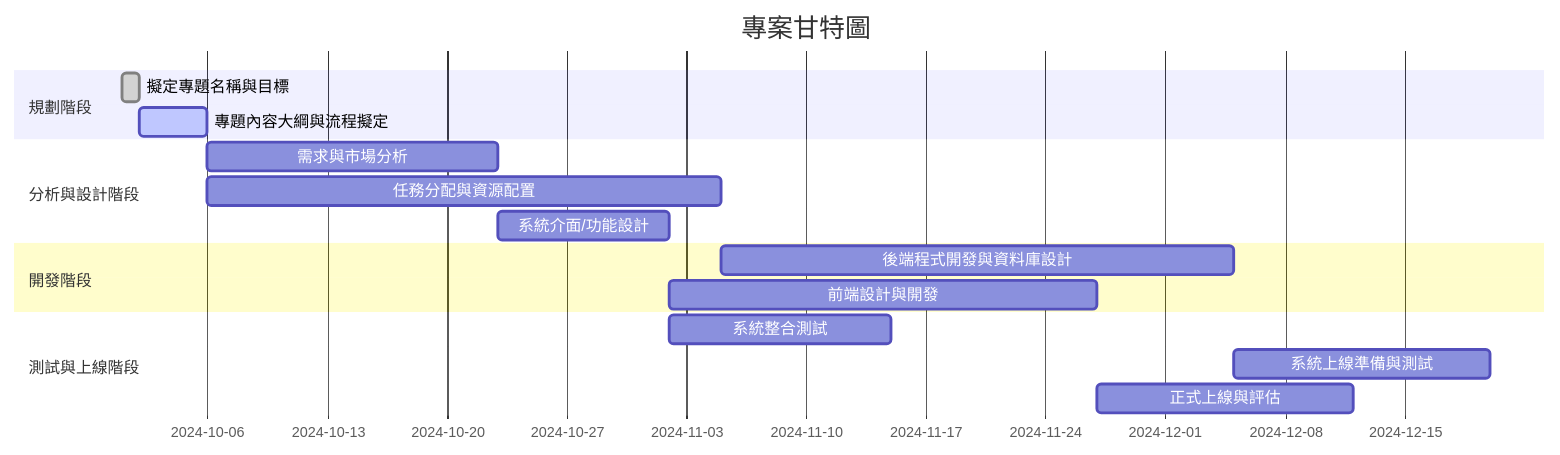
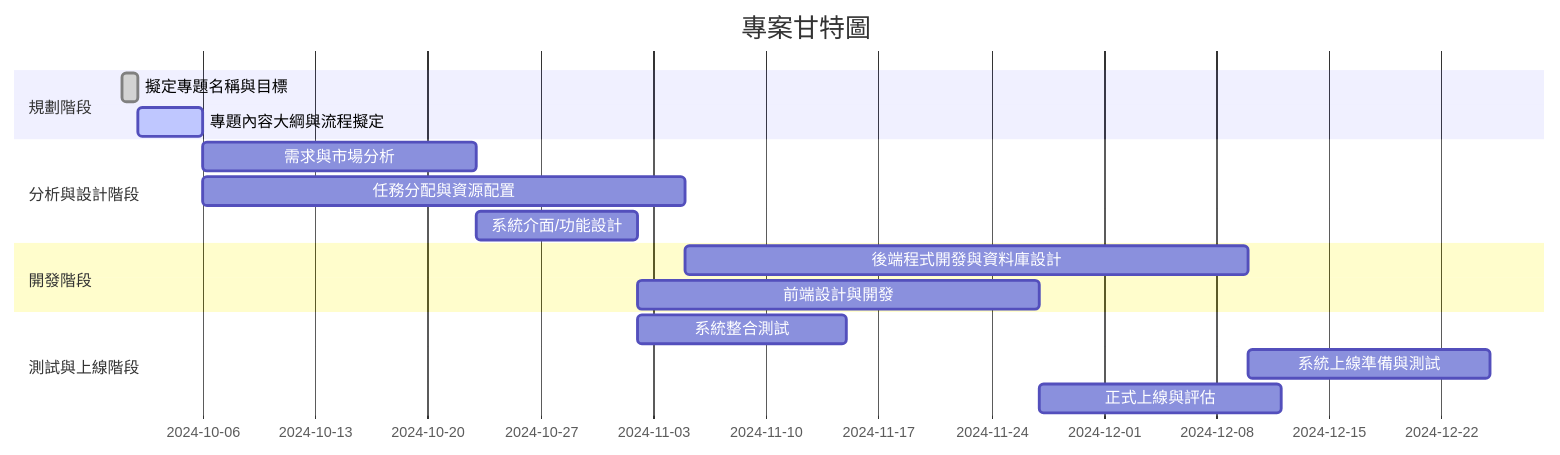
The second of 2 diagrams in README.md (zoeyyy-93/113_CourseTopics), drawn with Mermaid before and after one commit.

````diff
--- a/README.md
+++ b/README.md
@@ -32,22 +32,22 @@
 ```mermaid
 gantt
     title 專案甘特圖
     dateFormat  YYYY-MM-DD
     section 規劃階段
     擬定專題名稱與目標        :done,    a1, 2024-010-01, 1d
     專題內容大綱與流程擬定        :active,  a2, after a1, 4d
 
     section 分析與設計階段
     需求與市場分析           :         a3, after a2, 17d
     任務分配與資源配置        :        a4, after a2, 30d
     系統介面/功能設計                :       a5, after a3, 10d
 
     section 開發階段
-    後端程式開發與資料庫設計      :        a6, after a4, 30d
+    後端程式開發與資料庫設計      :        a6, after a4, 35d
     前端設計與開發           :        a7, after a5, 25d
 
     section 測試與上線階段
     系統整合測試            :        a8, after a5, 13d
     系統上線準備與測試        :        a9, after a6, 15d
     正式上線與評估           :        a10, after a7, 15d
 ```
````
